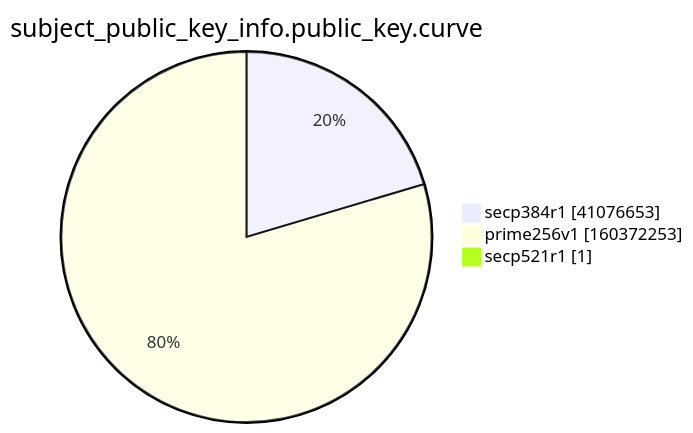
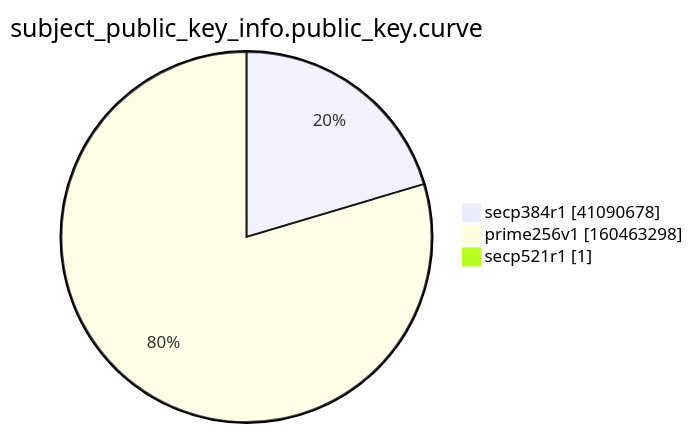
Before and after one commit to christiankrug/ctmonitor_visualization: the ninth of 15 diagrams in xenon2022/README.md, drawn with Mermaid. The commit also changed other lines of this file, not shown here.

````diff
--- a/xenon2022/README.md
+++ b/xenon2022/README.md
@@ -2868,7 +2868,7 @@
 ```mermaid
 pie showData
 title subject_public_key_info.public_key.curve
-"secp384r1" :41076653
-"prime256v1" :160372253
+"secp384r1" :41090678
+"prime256v1" :160463298
 "secp521r1" :1
 ```
````
